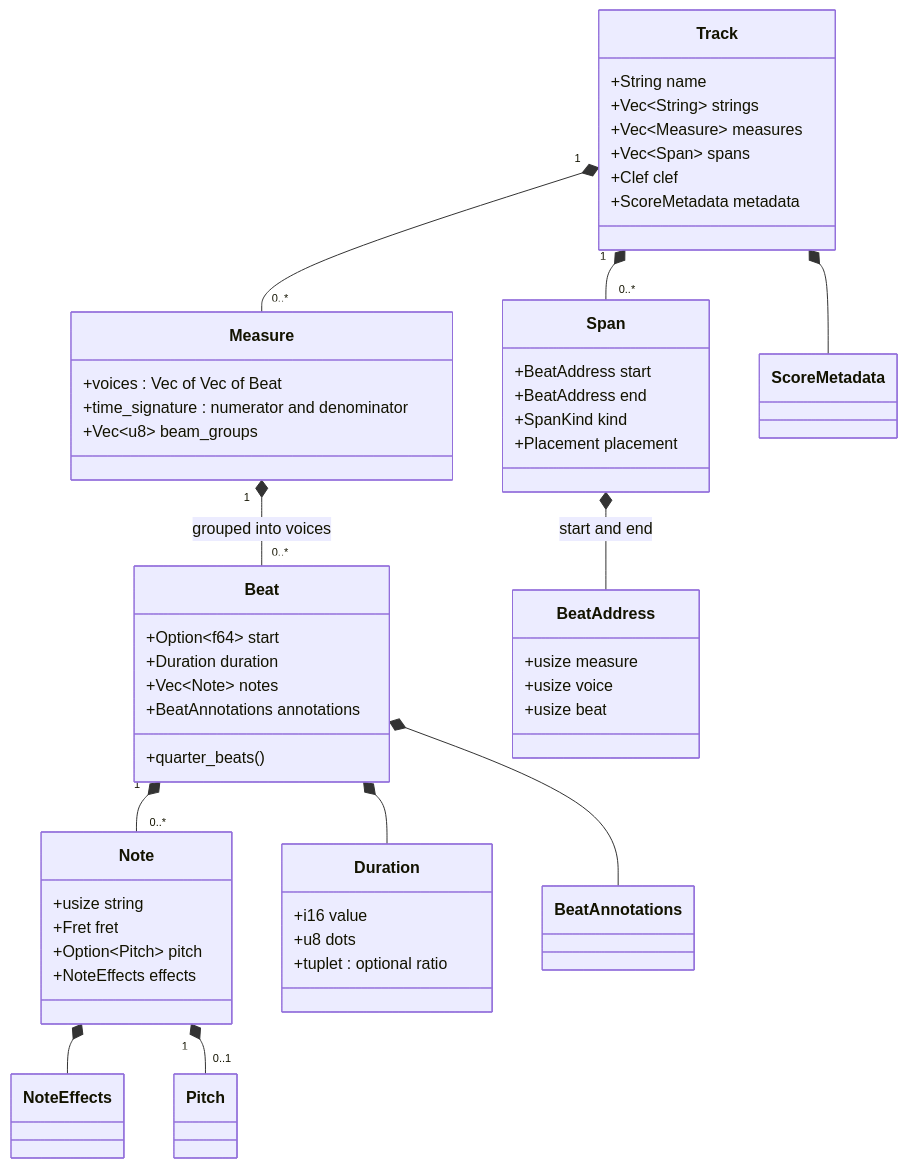
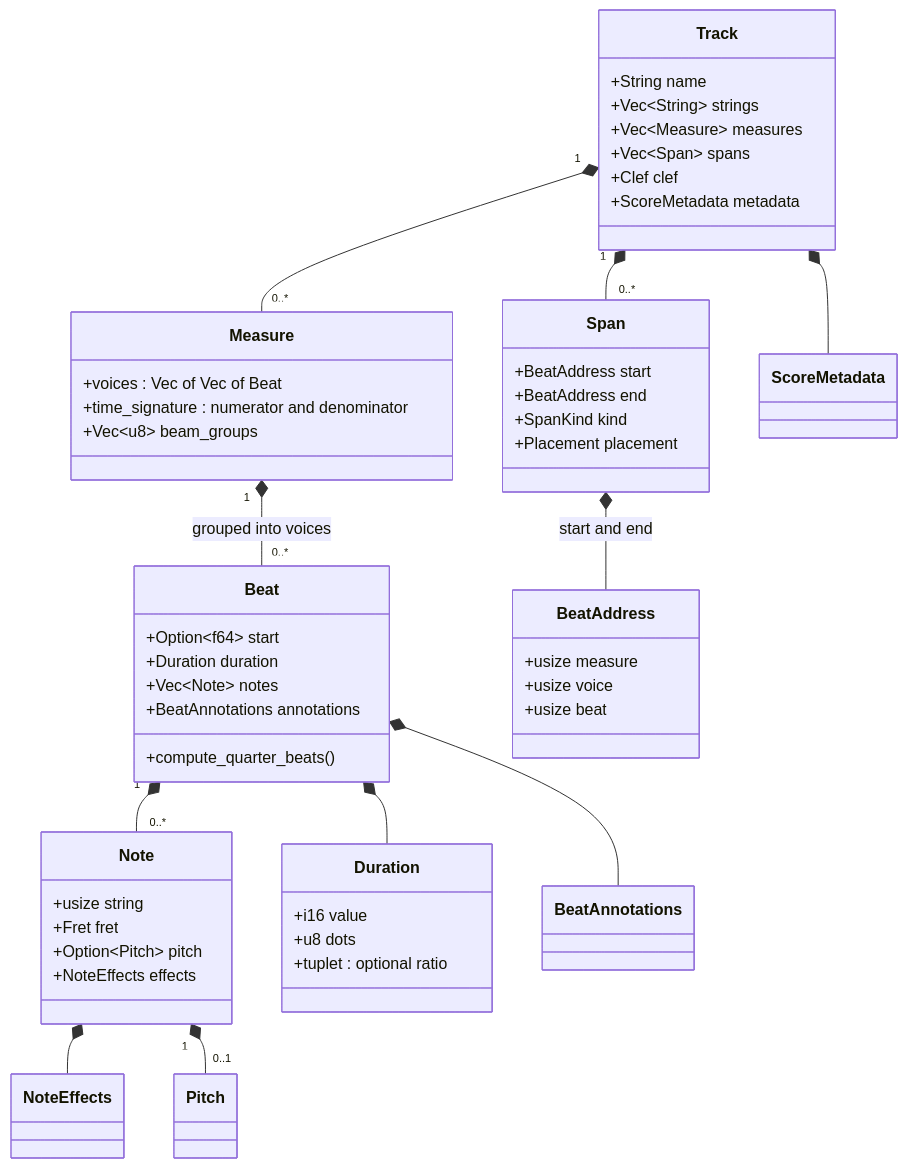
Before and after one commit to YoshuaNava/alphatab-rs: the third of 7 diagrams in doc/ARCHITECTURE.md, drawn with Mermaid. The commit also changed other lines of this file and 11 other files, not shown here.

````diff
--- a/doc/ARCHITECTURE.md
+++ b/doc/ARCHITECTURE.md
@@ -244,55 +244,55 @@
 ```mermaid
 classDiagram
     class Track {
         +String name
         +Vec~String~ strings
         +Vec~Measure~ measures
         +Vec~Span~ spans
         +Clef clef
         +ScoreMetadata metadata
     }
     class Measure {
         +voices : Vec of Vec of Beat
         +time_signature : numerator and denominator
         +Vec~u8~ beam_groups
     }
     class Beat {
         +Option~f64~ start
         +Duration duration
         +Vec~Note~ notes
         +BeatAnnotations annotations
-        +quarter_beats()
+        +compute_quarter_beats()
     }
     class Note {
         +usize string
         +Fret fret
         +Option~Pitch~ pitch
         +NoteEffects effects
     }
     class Duration {
         +i16 value
         +u8 dots
         +tuplet : optional ratio
     }
     class Span {
         +BeatAddress start
         +BeatAddress end
         +SpanKind kind
         +Placement placement
     }
     class BeatAddress {
         +usize measure
         +usize voice
         +usize beat
     }
     Track "1" *-- "0..*" Measure
     Track "1" *-- "0..*" Span
     Track *-- ScoreMetadata
     Measure "1" *-- "0..*" Beat : grouped into voices
     Beat "1" *-- "0..*" Note
     Beat *-- Duration
     Beat *-- BeatAnnotations
     Note *-- NoteEffects
     Note "1" *-- "0..1" Pitch
     Span *-- BeatAddress : start and end
 ```
````
